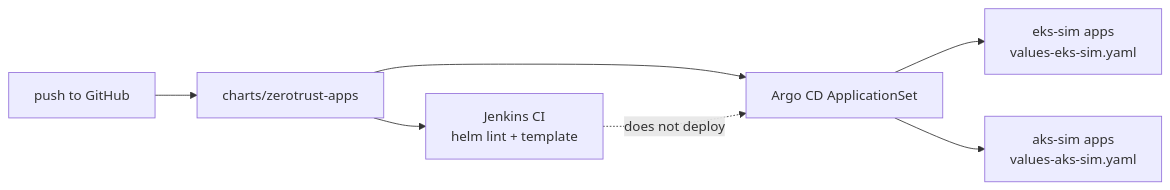
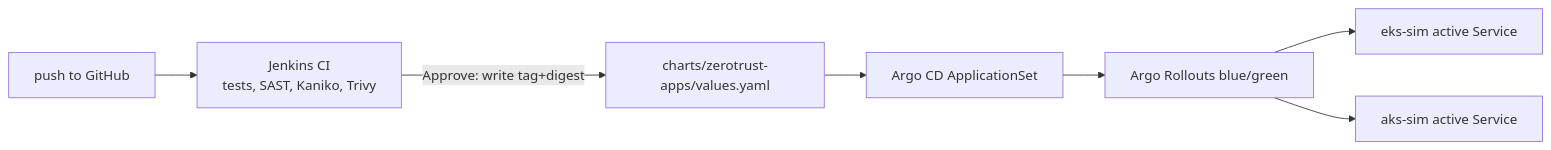
Before and after one commit to hanumanthvendra/k8s-multicluster-zerotrust: the second of 2 diagrams in README.md, drawn with Mermaid. The commit also changed other lines of this file and 35 other files, not shown here.

First line of the commit message:
Add Argo Rollouts blue-green, SonarQube SAST, and Trivy image scans.

````diff
--- a/README.md
+++ b/README.md
@@ -85,9 +85,9 @@
 ```mermaid
 flowchart LR
-  DEV["push to GitHub"] --> GH["charts/zerotrust-apps"]
-  GH --> J["Jenkins CI<br/>helm lint + template"]
+  DEV["push to GitHub"] --> J["Jenkins CI<br/>tests, SAST, Kaniko, Trivy"]
+  J -->|"Approve: write tag+digest"| GH["charts/zerotrust-apps/values.yaml"]
   GH --> A["Argo CD ApplicationSet"]
-  J -. "does not deploy" .-> A
-  A --> EKS["eks-sim apps<br/>values-eks-sim.yaml"]
-  A --> AKS["aks-sim apps<br/>values-aks-sim.yaml"]
+  A --> R["Argo Rollouts blue/green"]
+  R --> EKS["eks-sim active Service"]
+  R --> AKS["aks-sim active Service"]
 ```
````
